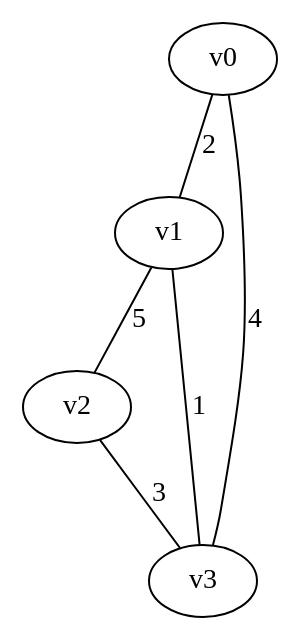
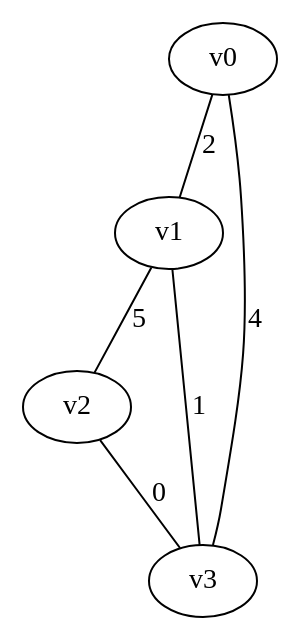
The diagram in inputs/gn4.dot (japie1235813/Algo_PA3), drawn with Graphviz before and after one commit. The commit also changed 13 other files, not shown here.

```diff
--- a/inputs/gn4.dot
+++ b/inputs/gn4.dot
@@ -1,8 +1,8 @@
 // lalla
 Graph gn4 {
 v0 -- v1  [label = "2"];
 v1 -- v2  [label = "5"];
 v0 -- v3  [label = "4"];
-v2 -- v3  [label = "3"];
+v2 -- v3  [label = "0"];
 v1 -- v3  [label = "1"];
 }
```
